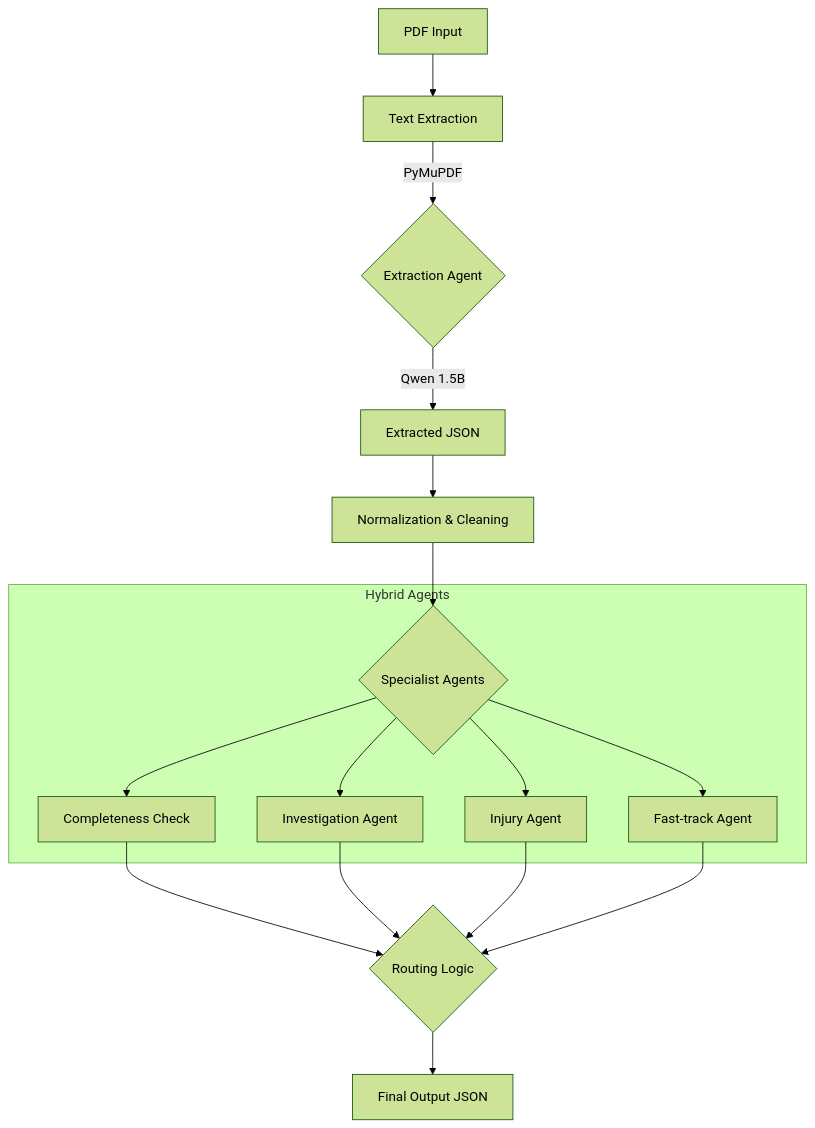
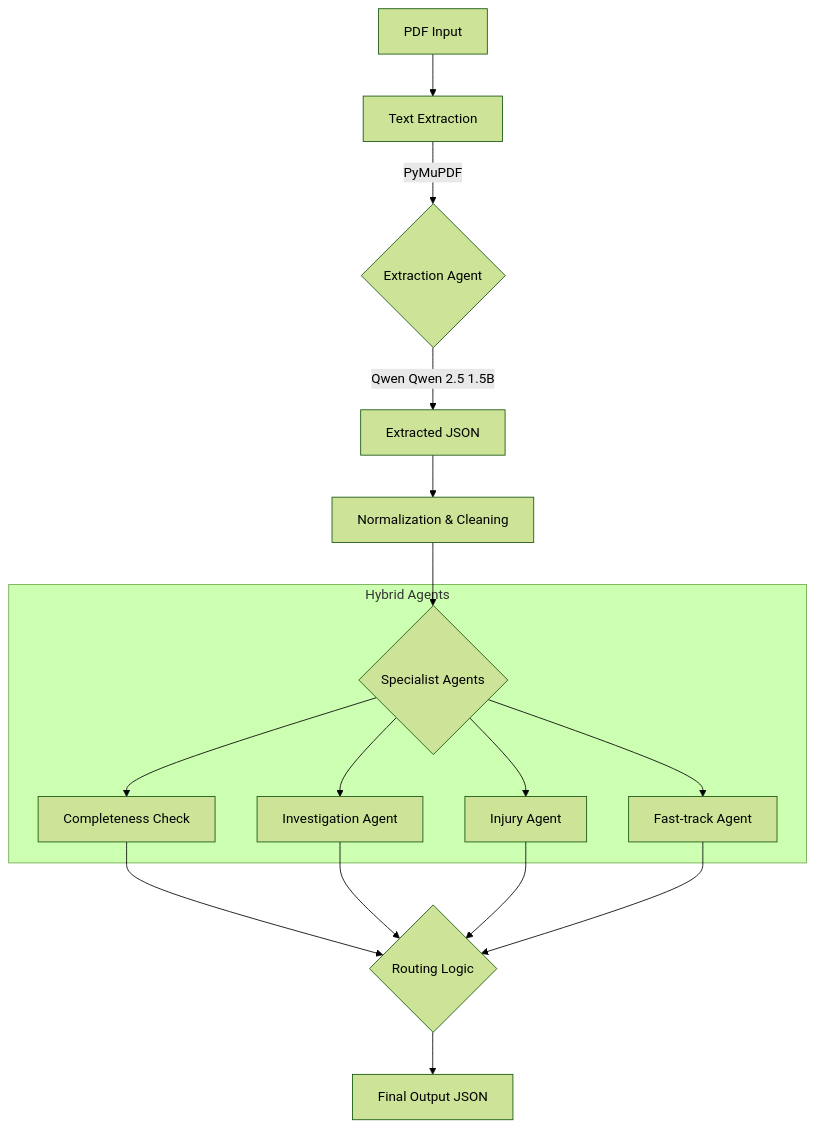
One commit to krishnaman2003/fnol-claims-processor changed the diagram in README.md. Above: the diagram before and after it, drawn with Mermaid (forest theme).

````diff
--- a/README.md
+++ b/README.md
@@ -22,23 +22,23 @@
 ```mermaid
 graph TD
     A[PDF Input] --> B[Text Extraction]
     B -->|PyMuPDF| C{Extraction Agent}
-    C -->|Qwen 1.5B| D[Extracted JSON]
+    C -->|Qwen Qwen 2.5 1.5B| D[Extracted JSON]
     
     D --> E[Normalization & Cleaning]
     E --> F{Specialist Agents}
     
     subgraph Hybrid Agents
     F --> G[Completeness Check]
     F --> H[Investigation Agent]
     F --> I[Injury Agent]
     F --> J[Fast-track Agent]
     end
     
     G --> K{Routing Logic}
     H --> K
     I --> K
     J --> K
     
     K --> L[Final Output JSON]
 ```
````
